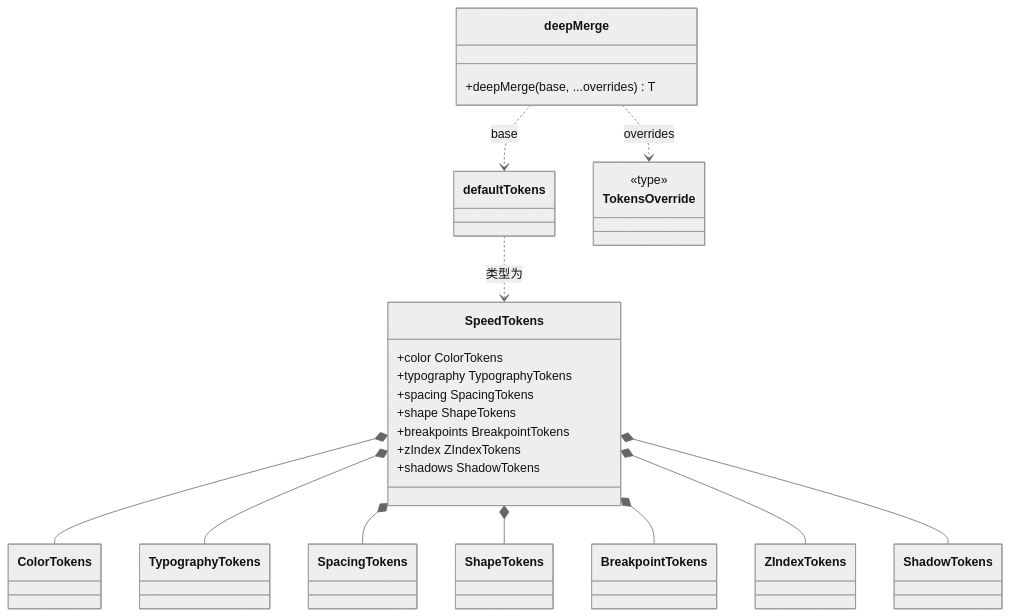
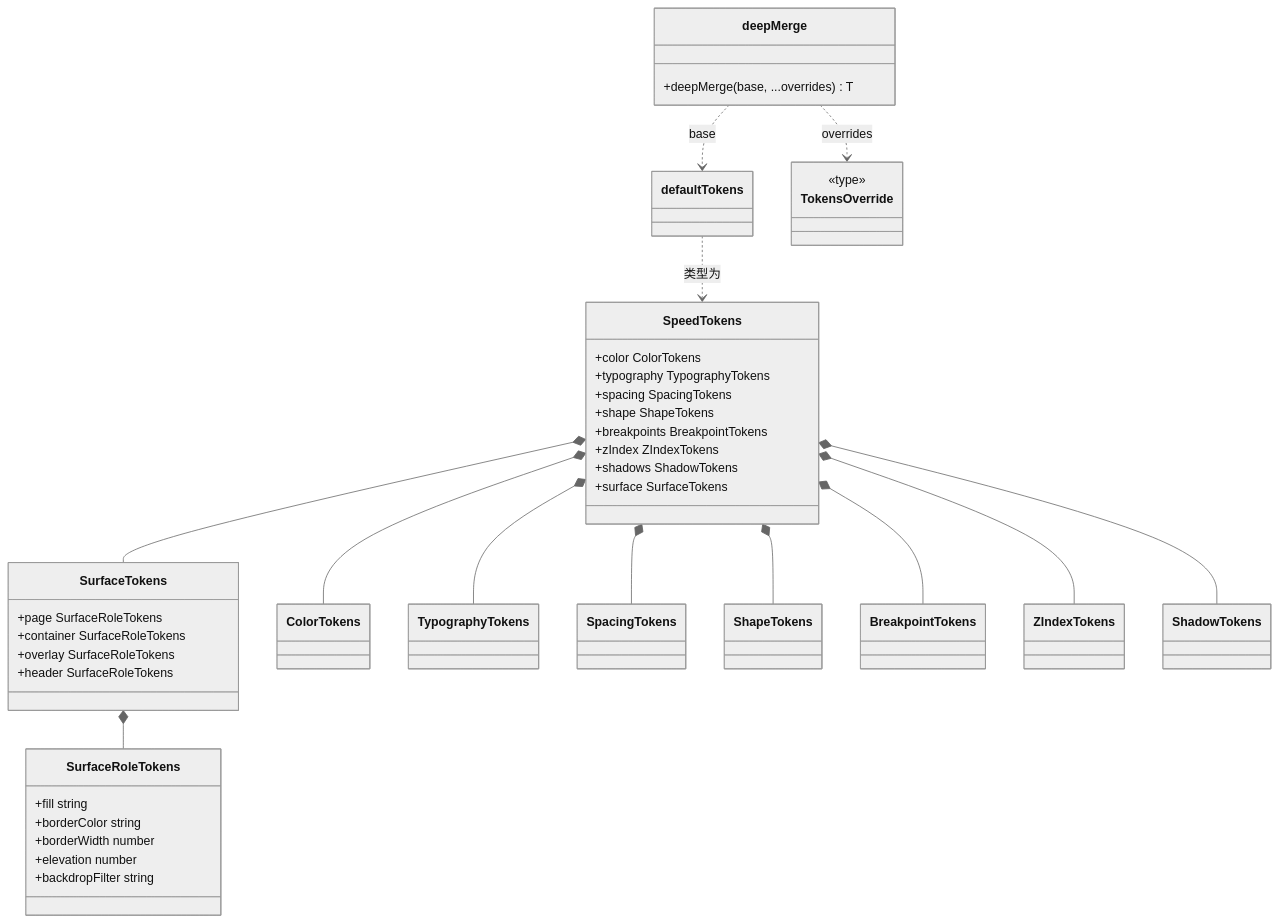
The diagram in docs/design/modules/web/design-web-tokens.md (wangzw/speed), drawn with Mermaid (neutral theme) before and after one commit. The commit also changed other lines of this file and 4 other files, not shown here.

````diff
--- a/docs/design/modules/web/design-web-tokens.md
+++ b/docs/design/modules/web/design-web-tokens.md
@@ -65,29 +65,45 @@
 ```mermaid
 classDiagram
     class SpeedTokens {
         +color ColorTokens
         +typography TypographyTokens
         +spacing SpacingTokens
         +shape ShapeTokens
         +breakpoints BreakpointTokens
         +zIndex ZIndexTokens
         +shadows ShadowTokens
+        +surface SurfaceTokens
+    }
+    class SurfaceTokens {
+        +page SurfaceRoleTokens
+        +container SurfaceRoleTokens
+        +overlay SurfaceRoleTokens
+        +header SurfaceRoleTokens
+    }
+    class SurfaceRoleTokens {
+        +fill string
+        +borderColor string
+        +borderWidth number
+        +elevation number
+        +backdropFilter string
     }
     class defaultTokens
     class deepMerge {
         +deepMerge(base, ...overrides) T
     }
     class TokensOverride {
         <<type>>
     }
     SpeedTokens *-- ColorTokens
     SpeedTokens *-- TypographyTokens
     SpeedTokens *-- SpacingTokens
     SpeedTokens *-- ShapeTokens
     SpeedTokens *-- BreakpointTokens
     SpeedTokens *-- ZIndexTokens
     SpeedTokens *-- ShadowTokens
+    SpeedTokens *-- SurfaceTokens
+    SurfaceTokens *-- SurfaceRoleTokens
     defaultTokens ..> SpeedTokens : 类型为
     deepMerge ..> defaultTokens : base
     deepMerge ..> TokensOverride : overrides
 ```
````
